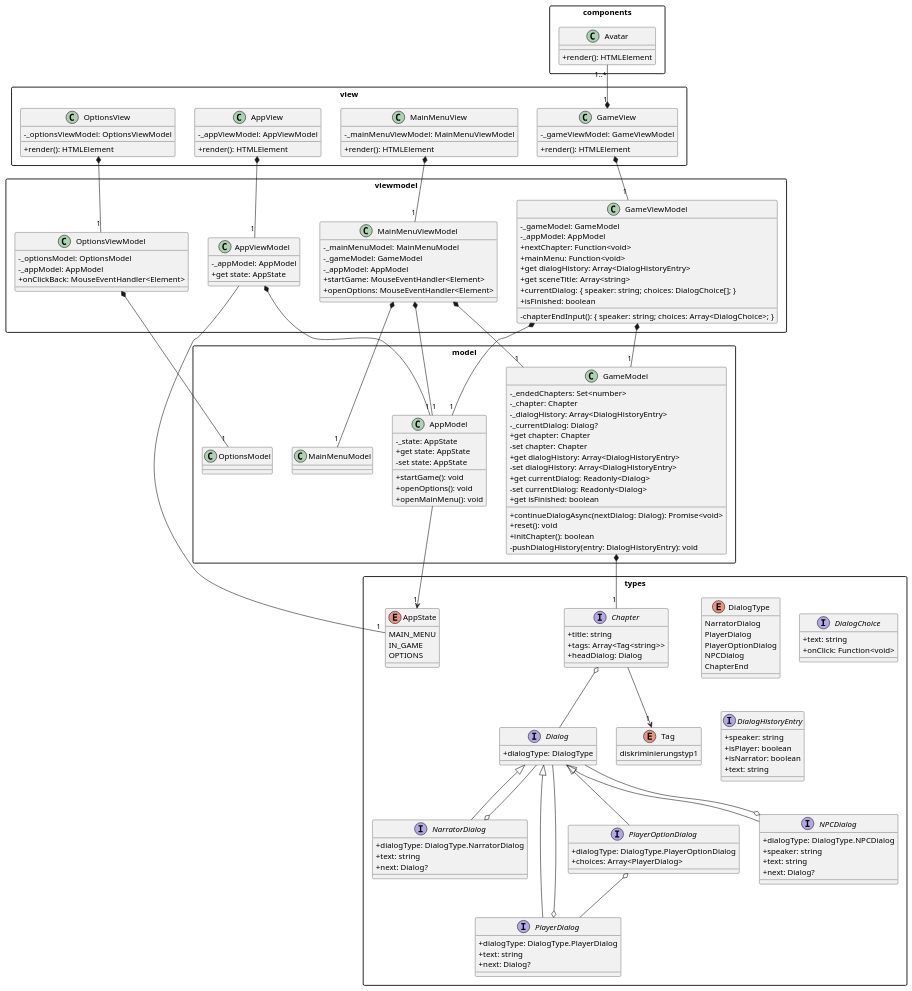
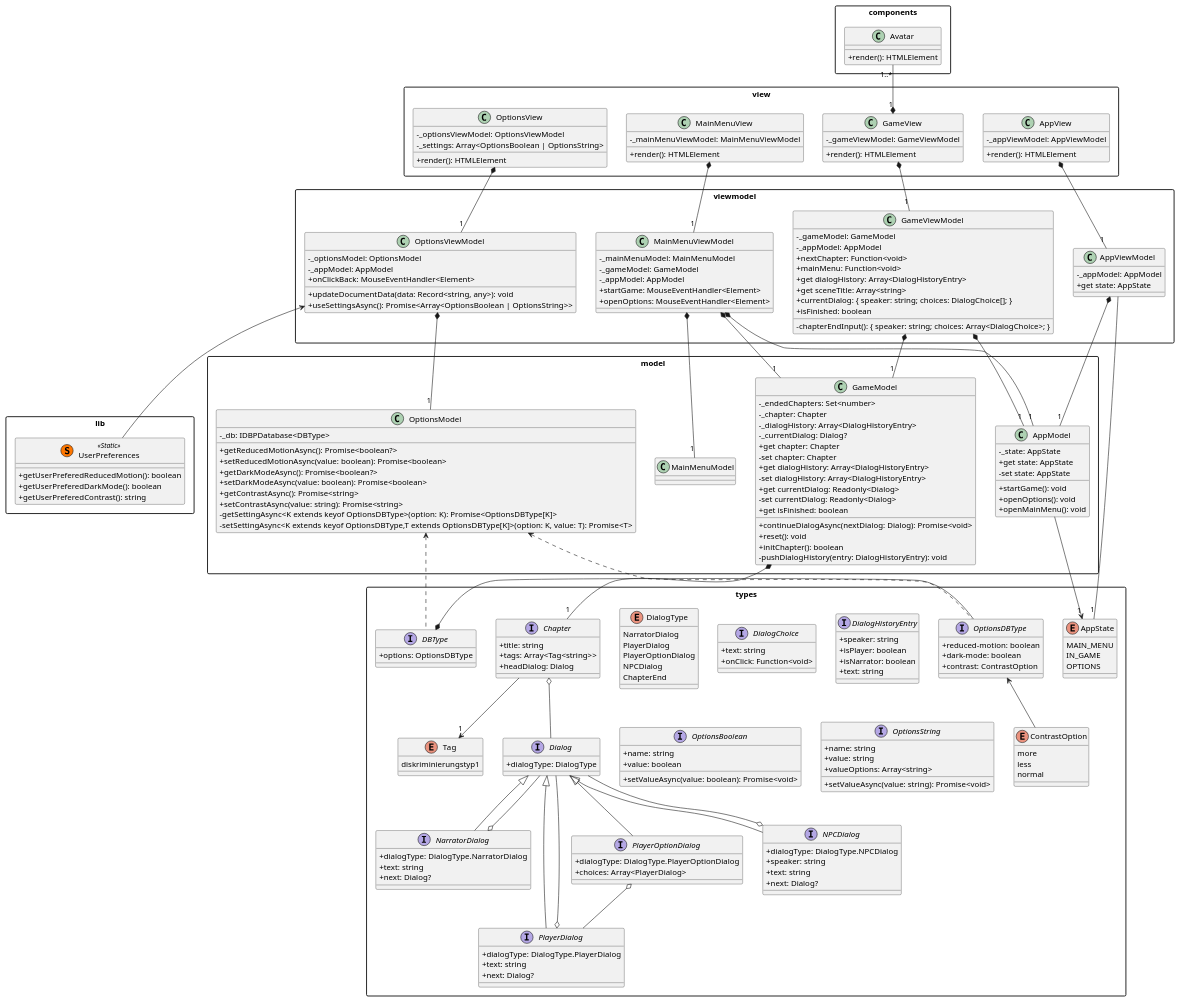
The diagram in uml/ClassDiagram.puml (HHN-SEB-2022-23/allybi), drawn with PlantUML before and after one commit. The commit also changed 16 other files, not shown here.

```diff
--- a/uml/ClassDiagram.puml
+++ b/uml/ClassDiagram.puml
@@ -1,6 +1,14 @@
 @startuml Class Diagram
 skinparam classAttributeIconSize 0
 skinparam packageStyle rectangle
+
+package lib {
+    class UserPreferences << (S,#FF7700) Static >> {
+        +getUserPreferedReducedMotion(): boolean
+        +getUserPreferedDarkMode(): boolean
+        +getUserPreferedContrast(): string
+    }
+}
 
 package types {
     enum AppState {
@@ -72,6 +80,37 @@
         +isNarrator: boolean
         +text: string
     }
+
+    enum ContrastOption {
+        more
+        less
+        normal
+    }
+
+    interface OptionsDBType {
+        +reduced-motion: boolean
+        +dark-mode: boolean
+        +contrast: ContrastOption
+    }
+    OptionsDBType <-- ContrastOption
+
+    interface DBType {
+        +options: OptionsDBType
+    }
+    DBType *- OptionsDBType
+
+    interface OptionsBoolean {
+        +name: string
+        +value: boolean
+        +setValueAsync(value: boolean): Promise<void>
+    }
+
+    interface OptionsString {
+        +name: string
+        +value: string
+        +setValueAsync(value: string): Promise<void>
+        +valueOptions: Array<string>
+    }
 }
 
 package components {
@@ -111,7 +150,19 @@
     GameModel *-- "1" Chapter
 
     class MainMenuModel
-    class OptionsModel
+    class OptionsModel {
+        -_db: IDBPDatabase<DBType>
+        +getReducedMotionAsync(): Promise<boolean?>
+        +setReducedMotionAsync(value: boolean): Promise<boolean>
+        +getDarkModeAsync(): Promise<boolean?>
+        +setDarkModeAsync(value: boolean): Promise<boolean>
+        +getContrastAsync(): Promise<string>
+        +setContrastAsync(value: string): Promise<string>
+        -getSettingAsync<K extends keyof OptionsDBType>(option: K): Promise<OptionsDBType[K]>
+        -setSettingAsync<K extends keyof OptionsDBType,T extends OptionsDBType[K]>(option: K, value: T): Promise<T>
+    }
+    OptionsModel <.. DBType
+    OptionsModel <.. OptionsDBType
 }
 
 package viewmodel {
@@ -151,8 +202,11 @@
         -_optionsModel: OptionsModel
         -_appModel: AppModel
         +onClickBack: MouseEventHandler<Element>
+        +updateDocumentData(data: Record<string, any>): void
+        +useSettingsAsync(): Promise<Array<OptionsBoolean | OptionsString>>
     }
     OptionsViewModel *-- "1" OptionsModel
+    UserPreferences -up-> OptionsViewModel
 }
 
 package view {
@@ -177,6 +231,7 @@
 
     class OptionsView {
         -_optionsViewModel: OptionsViewModel
+        -_settings: Array<OptionsBoolean | OptionsString>
         +render(): HTMLElement
     }
     OptionsView *-- "1" OptionsViewModel
```
